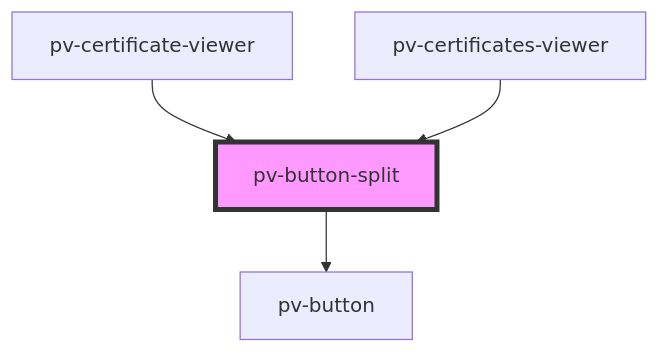
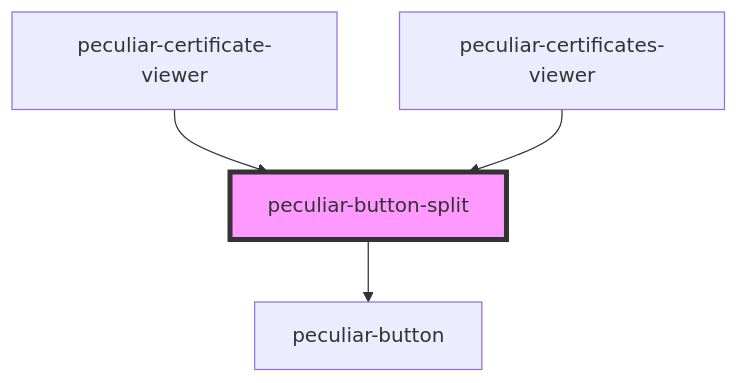
The diagram in src/components/button-split/readme.md (PeculiarVentures/pv-certificates-viewer), drawn with Mermaid before and after one commit. The commit also changed other lines of this file and 55 other files, not shown here.

````diff
--- a/src/components/button-split/readme.md
+++ b/src/components/button-split/readme.md
@@ -29,7 +29,7 @@
 ```mermaid
 graph TD;
-  pv-button-split --> pv-button
-  pv-certificate-viewer --> pv-button-split
-  pv-certificates-viewer --> pv-button-split
-  style pv-button-split fill:#f9f,stroke:#333,stroke-width:4px
+  peculiar-button-split --> peculiar-button
+  peculiar-certificate-viewer --> peculiar-button-split
+  peculiar-certificates-viewer --> peculiar-button-split
+  style peculiar-button-split fill:#f9f,stroke:#333,stroke-width:4px
 ```
````
